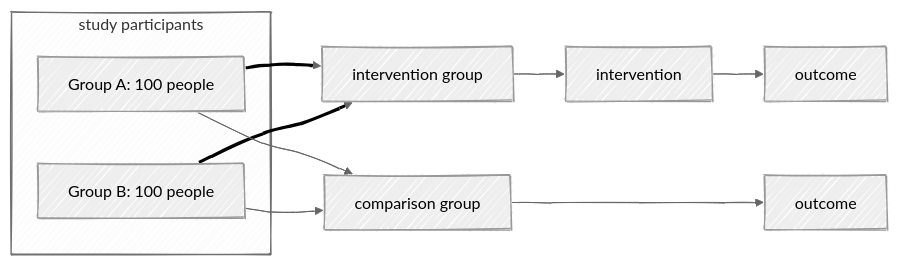
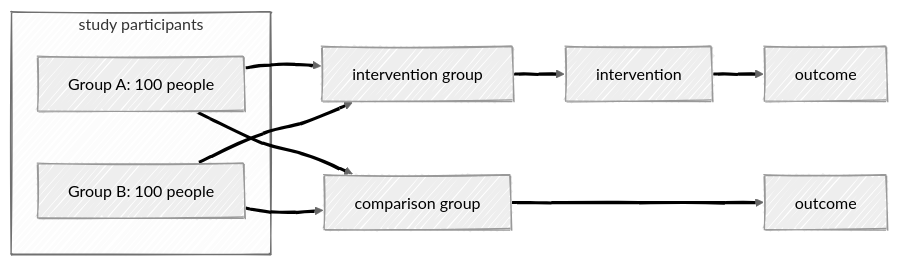
Before and after one commit to agrogan1/closeread: the third of 3 diagrams in multivariate/multivariate.md, drawn with Mermaid.

Commit message:
Update link styles for comparison groups

````diff
--- a/multivariate/multivariate.md
+++ b/multivariate/multivariate.md
@@ -57,34 +57,34 @@
 ```mermaid
 ---
 config:
   look: handDrawn
   theme: neutral
 ---
 
 flowchart LR
 
 subgraph study["study participants"]
 
   A["Group A: 100 people"]
 
   B["Group B: 100 people"]
 
   end
 
   A --> interventiongroup["intervention group"]
 
   B --> interventiongroup["intervention group"]
 
   interventiongroup["intervention group"] --> intervention
 
   intervention[intervention] --> outcome1[outcome]
 
   A --> comparisongroup
 
   B --> comparisongroup
 
   comparisongroup["comparison group"] ---> outcome0[outcome]
 
-  linkStyle 0,1 stroke:#000000,stroke-width:3px,font-size:36px,color:black;
+  linkStyle 0,1,2,3,4,5,6 stroke:#000000,stroke-width:3px,font-size:36px,color:black;
 
 ```
````
